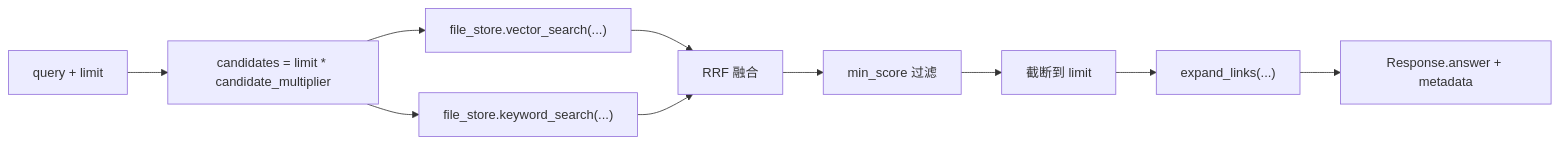
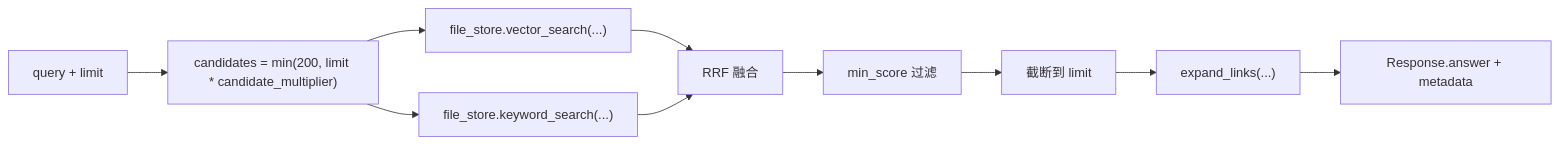
One commit to lllyyysss77/ReMe changed the diagram in docs/zh/memory_search.md. Above: the diagram before and after it, drawn with Mermaid. The commit also changed other lines of this file and 52 other files, not shown here.

First line of the commit message:
docs: refresh ReMe guides, diagrams, and Studio documentation (#447)

````diff
--- a/docs/zh/memory_search.md
+++ b/docs/zh/memory_search.md
@@ -134,12 +145,12 @@
 ```mermaid
 flowchart LR
-    A["query + limit"] --> B["candidates = limit * candidate_multiplier"]
+    A["query + limit"] --> B["candidates = min(200, limit * candidate_multiplier)"]
     B --> C["file_store.vector_search(...)"]
     B --> D["file_store.keyword_search(...)"]
     C --> E["RRF 融合"]
     D --> E
     E --> F["min_score 过滤"]
     F --> G["截断到 limit"]
     G --> H["expand_links(...)"]
     H --> I["Response.answer + metadata"]
 ```
````
